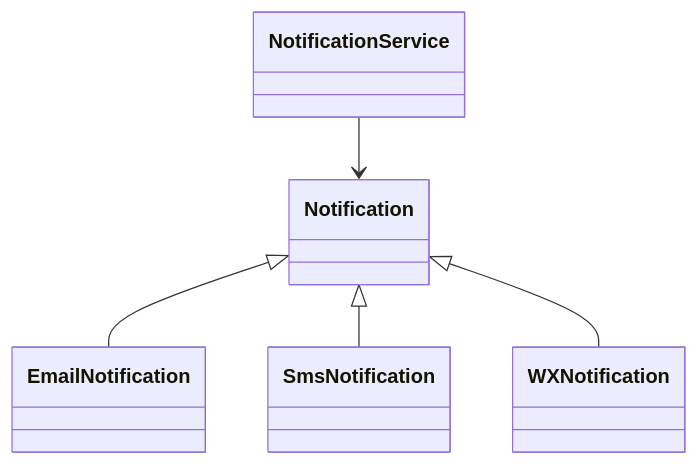
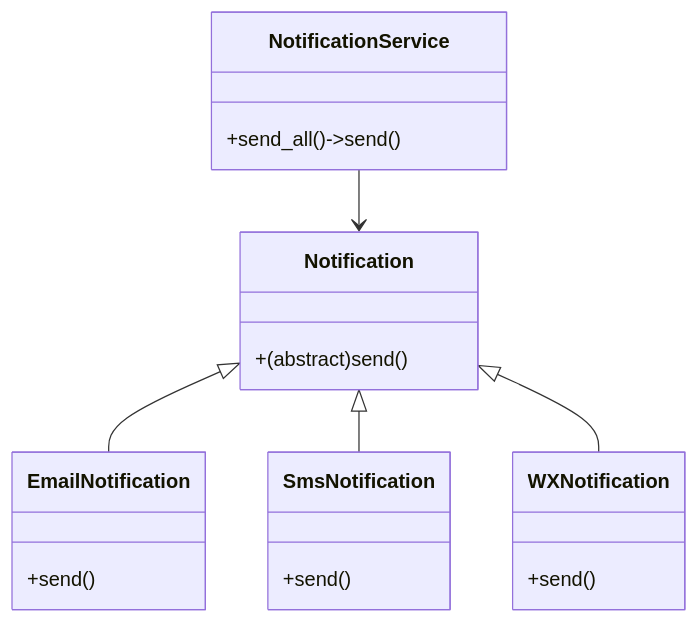
The third of 3 diagrams in docs/c-class/3-特性.md (hughxusu/lesson-py), drawn with Mermaid before and after one commit.

Commit message:
修改继承的图像

````diff
--- a/docs/c-class/3-特性.md
+++ b/docs/c-class/3-特性.md
@@ -521,7 +521,27 @@
 ```mermaid
 classDiagram
 		Notification <|-- EmailNotification
 		Notification <|-- SmsNotification
 		Notification <|-- WXNotification
 		NotificationService --> Notification
+		
+		class Notification{
+        +(abstract)send()
+    }
+    
+    class EmailNotification{
+        +send()
+    }
+    
+    class SmsNotification{
+        +send()
+    }
+    
+    class WXNotification{
+        +send()
+    }
+    
+    class NotificationService{
+        +send_all()->send()
+    }
 ```
````
